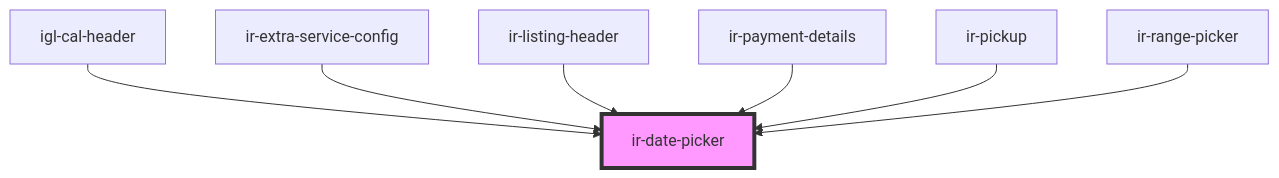
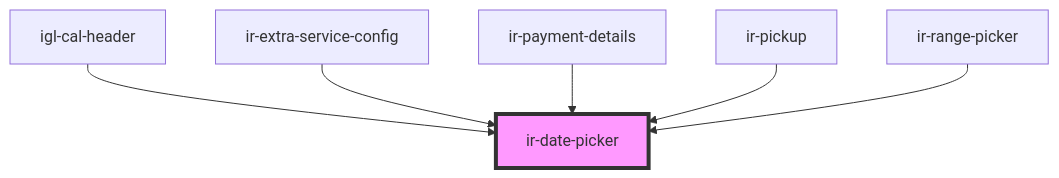
One commit to David1Chowaifaty/modified-ir-webcmp changed the diagram in src/components/ui/ir-date-picker/readme.md. Above: the diagram before and after it, drawn with Mermaid. The commit also changed other lines of this file and 8 other files, not shown here.

````diff
--- a/src/components/ui/ir-date-picker/readme.md
+++ b/src/components/ui/ir-date-picker/readme.md
@@ -74,10 +73,9 @@
 ```mermaid
 graph TD;
   igl-cal-header --> ir-date-picker
   ir-extra-service-config --> ir-date-picker
-  ir-listing-header --> ir-date-picker
   ir-payment-details --> ir-date-picker
   ir-pickup --> ir-date-picker
   ir-range-picker --> ir-date-picker
   style ir-date-picker fill:#f9f,stroke:#333,stroke-width:4px
 ```
````
